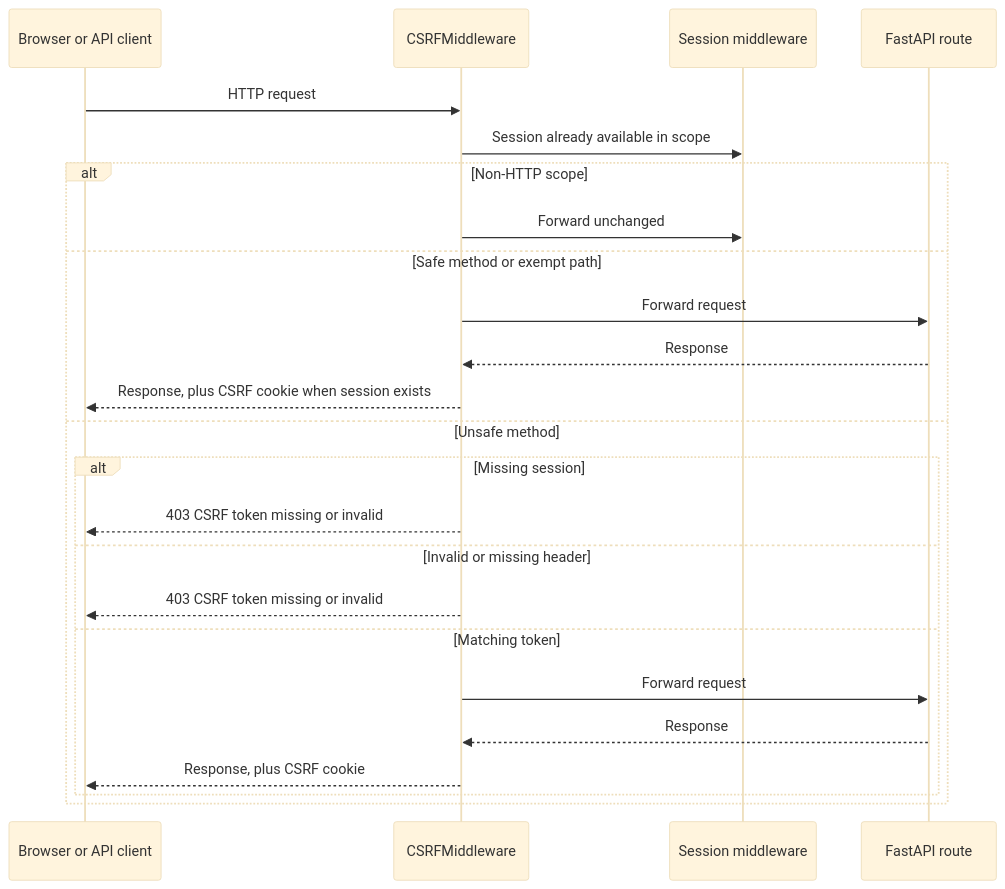
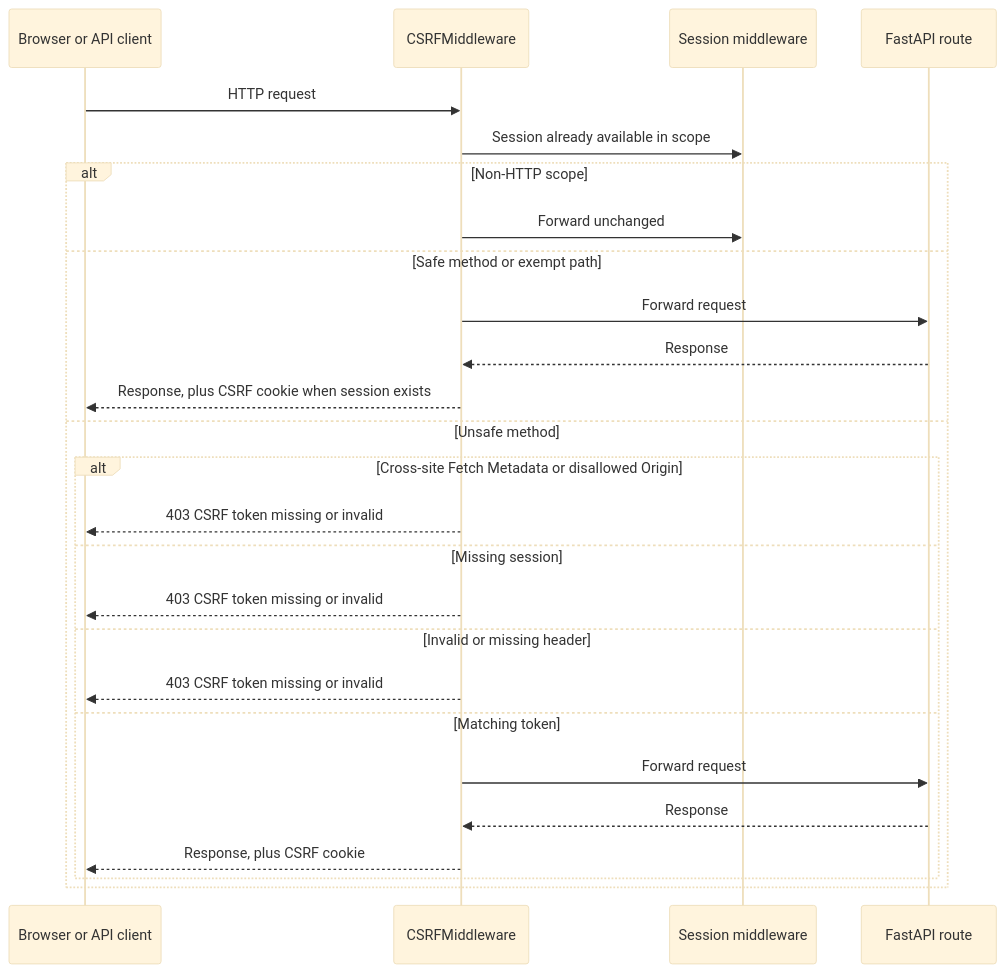
Before and after one commit to cds-snc/canadalogin-user-selfservice-webapp: the diagram in backend/docs/CSRF_README.md, drawn with Mermaid (base theme). The commit also changed other lines of this file and 4 other files, not shown here.

````diff
--- a/backend/docs/CSRF_README.md
+++ b/backend/docs/CSRF_README.md
@@ -31,27 +38,29 @@
 ```mermaid
 sequenceDiagram
     participant B as Browser or API client
     participant M as CSRFMiddleware
     participant S as Session middleware
     participant R as FastAPI route
 
     B->>M: HTTP request
     M->>S: Session already available in scope
     alt Non-HTTP scope
         M->>S: Forward unchanged
     else Safe method or exempt path
         M->>R: Forward request
         R-->>M: Response
         M-->>B: Response, plus CSRF cookie when session exists
     else Unsafe method
-        alt Missing session
+        alt Cross-site Fetch Metadata or disallowed Origin
+            M-->>B: 403 CSRF token missing or invalid
+        else Missing session
             M-->>B: 403 CSRF token missing or invalid
         else Invalid or missing header
             M-->>B: 403 CSRF token missing or invalid
         else Matching token
             M->>R: Forward request
             R-->>M: Response
             M-->>B: Response, plus CSRF cookie
         end
     end
 ```
````
